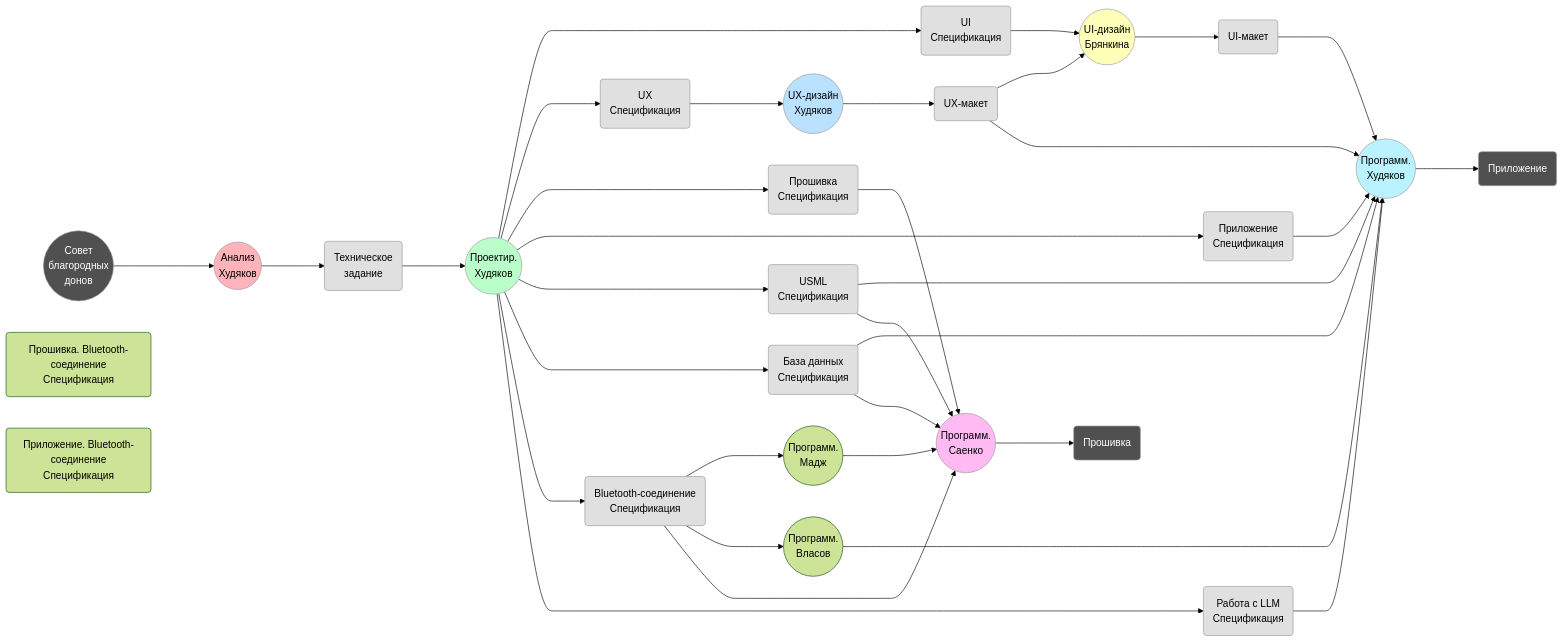
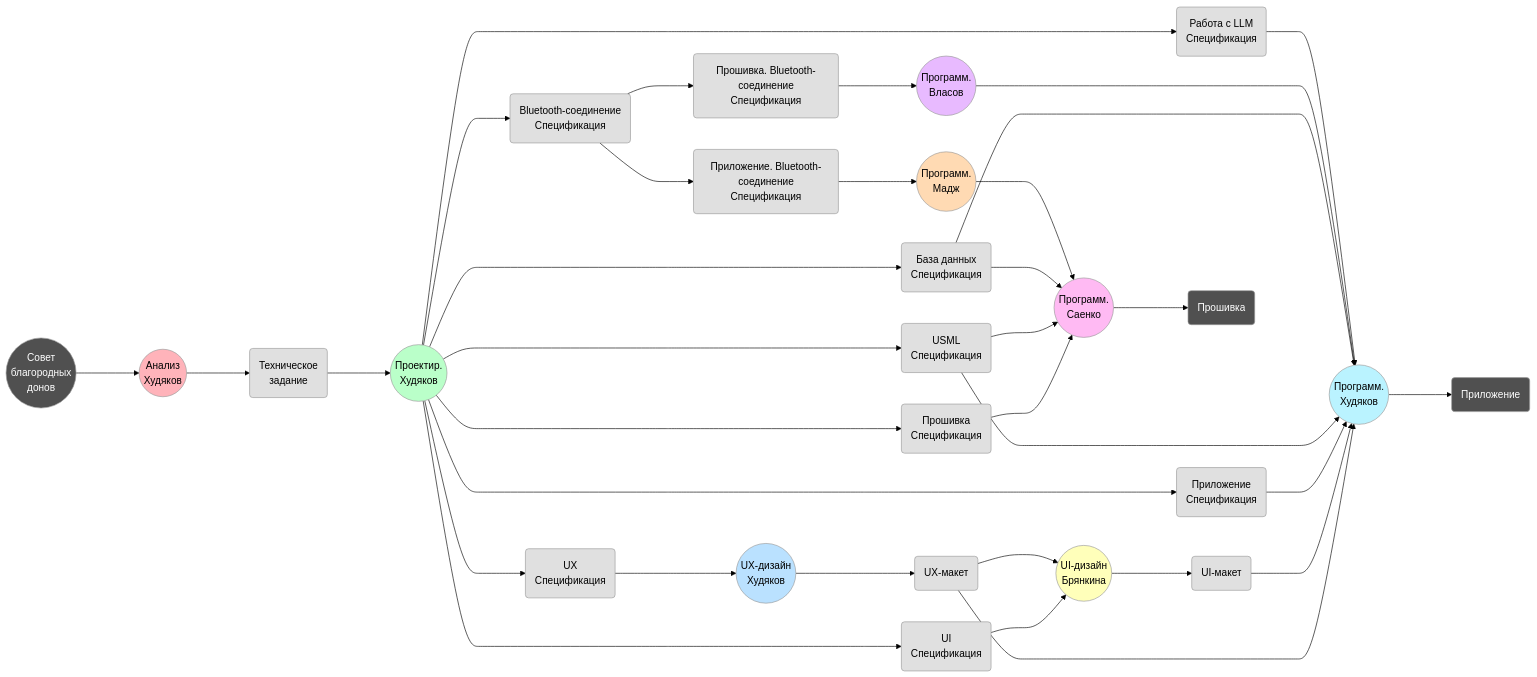
One commit to KhudyakovAlex/Synapse changed the diagram in Project/process.md. Above: the diagram before and after it, drawn with Mermaid (forest theme). The commit also changed 2 other files, not shown here.

Commit message:
обавлены пастельные цвета для узлов APPB и FWB в диаграмме процесса

```diff
--- a/Project/process.md
+++ b/Project/process.md
@@ -4,42 +4,18 @@
 flowchart LR
     SBD((Совет<br>благородных<br>донов))
     
+    SBD ---> ANAL
+
     ANAL((Анализ<br>Худяков))
     
+    ANAL ---> PRD
+
     PRD(Техническое<br>задание)
     
+    PRD ---> PRO
+
     PRO((Проектир.<br>Худяков))
-    
-    DSUI(UI<br>Спецификация)
-    DSUX(UX<br>Спецификация)
-    DSAPP(Приложение<br>Спецификация)
-    DSDB(База данных<br>Спецификация)
-    DSP(USML<br>Спецификация)
-    DSB(Bluetooth-соединение<br>Спецификация)
-    DSFWB(Прошивка. Bluetooth-соединение<br>Спецификация)
-    FWB(( Программ.<br>Мадж ))
-    DSAPPB(Приложение. Bluetooth-соединение<br>Спецификация)
-    APPB(( Программ.<br>Власов ))
-    DSLLM(Работа с LLM<br>Спецификация)
-    DSFW(Прошивка<br>Спецификация)
-    
-    
 
-    UIUXD((UX-дизайн<br>Худяков))
-    UIUX( UX-макет )
-    APPD(( Программ.<br>Худяков ))
-
-    FWD(( Программ.<br>Саенко ))
-
-    UIUID((UI-дизайн<br>Брянкина))
-    UIUI( UI-макет )
-
-    FW( Прошивка )
-    APP( Приложение )
-
-    SBD ---> ANAL
-    ANAL ---> PRD
-    PRD ---> PRO
     PRO ---> DSUI
     PRO ---> DSUX
     PRO ---> DSFW
@@ -49,39 +25,72 @@
     PRO ---> DSB
     PRO ---> DSLLM
 
+    DSUX(UX<br>Спецификация)
+    DSUI(UI<br>Спецификация)
+    DSAPP(Приложение<br>Спецификация)
+    DSDB(База данных<br>Спецификация)
+    DSP(USML<br>Спецификация)
+    DSB(Bluetooth-соединение<br>Спецификация)
+    DSLLM(Работа с LLM<br>Спецификация)
+    DSFW(Прошивка<br>Спецификация)
+
     DSUX ---> UIUXD
     DSUI ---> UIUID
+    DSB ---> DSFWB
+    DSB ---> DSAPPB
+
+    UIUXD((UX-дизайн<br>Худяков))
+    DSFWB(Прошивка. Bluetooth-соединение<br>Спецификация)
+    DSAPPB(Приложение. Bluetooth-соединение<br>Спецификация)
+
     UIUXD ---> UIUX
+    DSFWB ---> APPB
+    DSAPPB ---> FWB
+
+    UIUX( UX-макет )
+    APPB(( Программ.<br>Власов ))
+    FWB(( Программ.<br>Мадж ))
+
     UIUX ---> UIUID
+
+    UIUID((UI-дизайн<br>Брянкина))
+
     UIUID ---> UIUI
+
+    UIUI( UI-макет )
 
     UIUX ---> APPD
     UIUI ---> APPD
+
     DSAPP ---> APPD
     DSP ---> APPD
     DSDB ---> APPD
-    DSB ---> FWB
-    DSB ---> APPB
-    FWB ---> FWD
     APPB ---> APPD
     DSLLM ---> APPD
 
     DSFW ---> FWD
     DSP ---> FWD
     DSDB ---> FWD
-    DSB ---> FWD
+    FWB ---> FWD
+
+    APPD(( Программ.<br>Худяков ))
+    FWD(( Программ.<br>Саенко ))
 
     FWD ---> FW
     APPD ---> APP
 
+    FW( Прошивка )
+    APP( Приложение )
+
+    style SBD fill:#505050,stroke:#999,color:#fff
     style ANAL fill:#FFB3BA,stroke:#999
     style PRO fill:#BAFFC9,stroke:#999
     style UIUXD fill:#BAE1FF,stroke:#999
     style UIUID fill:#FFFFBA,stroke:#999
+    style APPB fill:#E8BAFF,stroke:#999
+    style FWB fill:#FFDAB3,stroke:#999
     style APPD fill:#BAF3FF,stroke:#999
     style FWD fill:#FFBAF3,stroke:#999
-    
-    style SBD fill:#505050,stroke:#999,color:#fff
     style PRD fill:#E0E0E0,stroke:#999
     style DSUI fill:#E0E0E0,stroke:#999
     style DSAPP fill:#E0E0E0,stroke:#999
@@ -93,6 +102,8 @@
     style DSLLM fill:#E0E0E0,stroke:#999
     style UIUX fill:#E0E0E0,stroke:#999
     style UIUI fill:#E0E0E0,stroke:#999
+    style DSFWB fill:#E0E0E0,stroke:#999
+    style DSAPPB fill:#E0E0E0,stroke:#999
     style FW fill:#505050,stroke:#999,color:#fff
     style APP fill:#505050,stroke:#999,color:#fff
 
```
